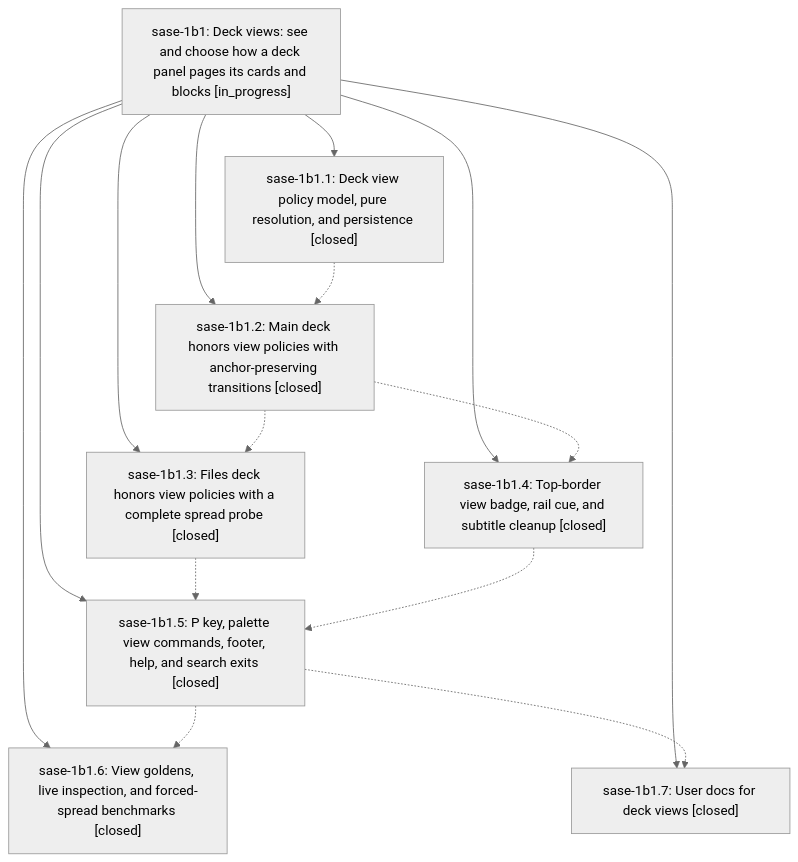
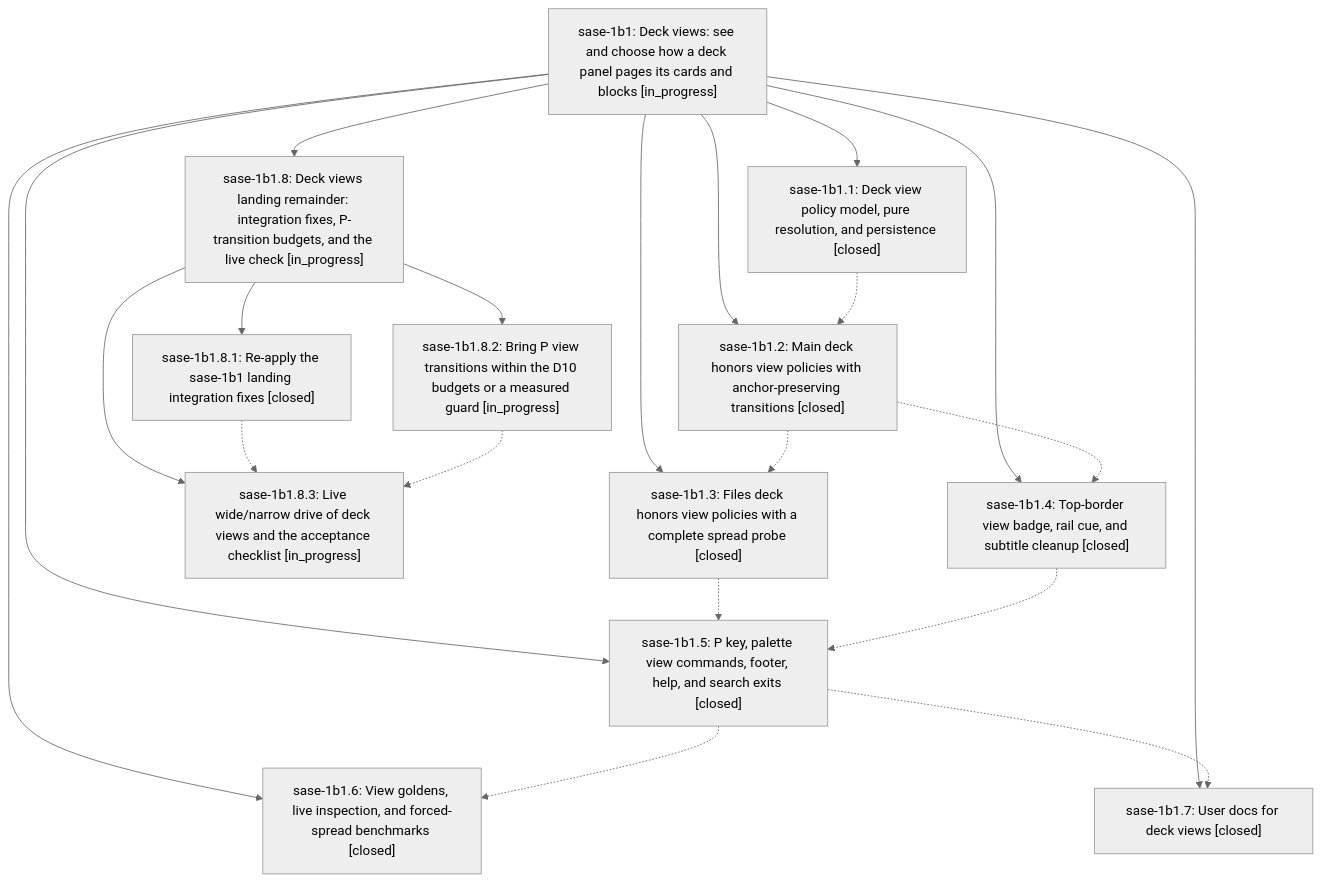
The diagram in pages/sase-1b1/README.md (sase-org/sase--beads), drawn with Mermaid (neutral theme) before and after one commit. The commit also changed other lines of this file and 4 other files, not shown here.

````diff
--- a/pages/sase-1b1/README.md
+++ b/pages/sase-1b1/README.md
@@ -67,25 +104,35 @@
 ```mermaid
 flowchart TD
     n0["sase-1b1: Deck views: see and choose how a deck panel pages its cards and blocks [in_progress]"]
     n1["sase-1b1.1: Deck view policy model, pure resolution, and persistence [closed]"]
     n2["sase-1b1.2: Main deck honors view policies with anchor-preserving transitions [closed]"]
     n3["sase-1b1.3: Files deck honors view policies with a complete spread probe [closed]"]
     n4["sase-1b1.4: Top-border view badge, rail cue, and subtitle cleanup [closed]"]
     n5["sase-1b1.5: P key, palette view commands, footer, help, and search exits [closed]"]
     n6["sase-1b1.6: View goldens, live inspection, and forced-spread benchmarks [closed]"]
     n7["sase-1b1.7: User docs for deck views [closed]"]
+    n8["sase-1b1.8: Deck views landing remainder: integration fixes, P-transition budgets, and the live check [in_progress]"]
+    n9["sase-1b1.8.1: Re-apply the sase-1b1 landing integration fixes [closed]"]
+    n10["sase-1b1.8.2: Bring P view transitions within the D10 budgets or a measured guard [in_progress]"]
+    n11["sase-1b1.8.3: Live wide/narrow drive of deck views and the acceptance checklist [in_progress]"]
     n0 --> n1
     n0 --> n2
     n0 --> n3
     n0 --> n4
     n0 --> n5
     n0 --> n6
     n0 --> n7
+    n0 --> n8
+    n8 --> n9
+    n8 --> n10
+    n8 --> n11
     n1 -.-> n2
     n2 -.-> n3
     n2 -.-> n4
     n3 -.-> n5
     n4 -.-> n5
     n5 -.-> n6
     n5 -.-> n7
+    n9 -.-> n11
+    n10 -.-> n11
 ```
````
